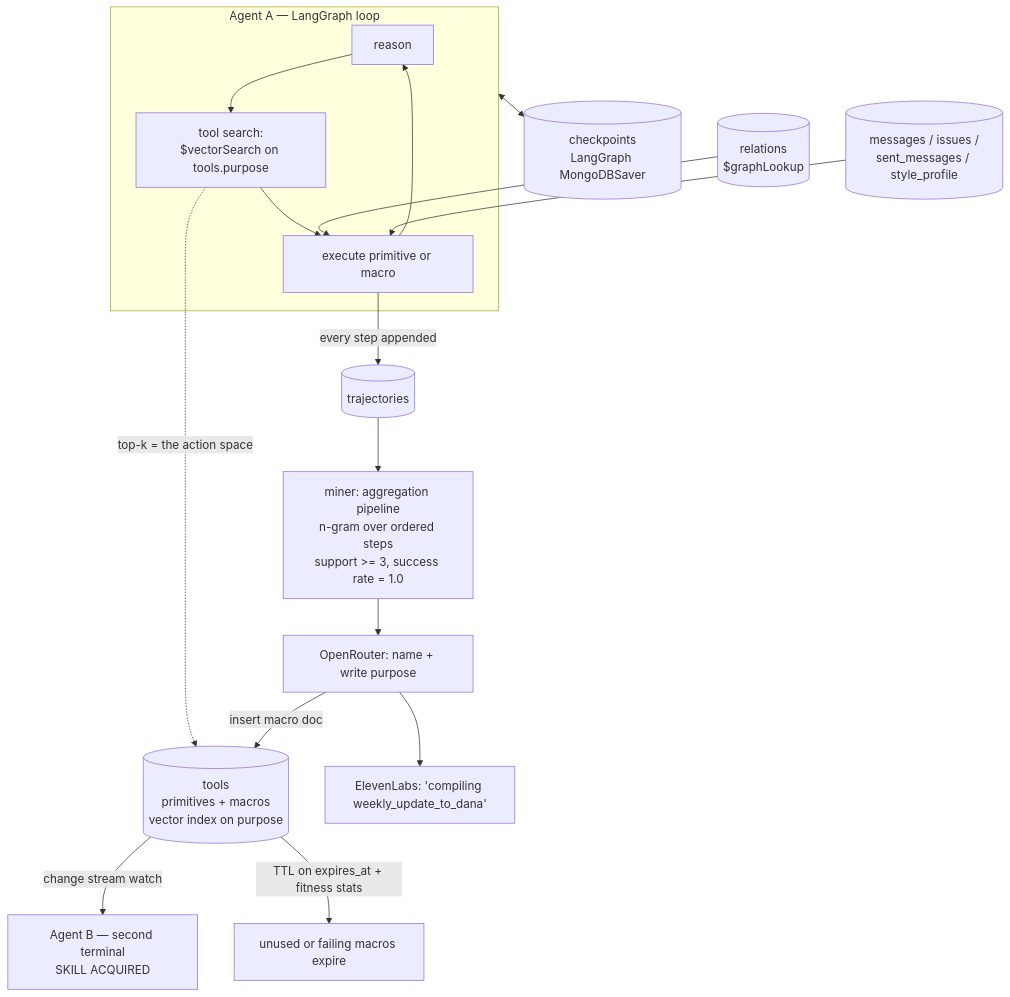
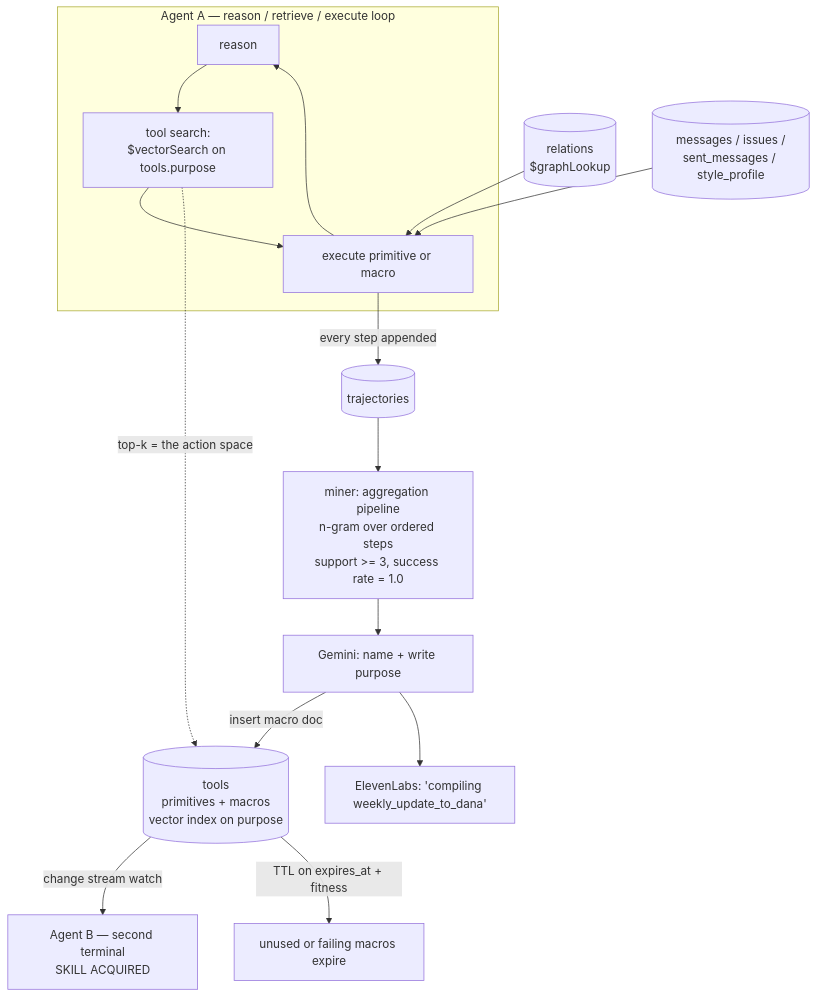
One commit to rohangandotra18/perpetual changed the second of 2 diagrams in README.md. Above: the diagram before and after it, drawn with Mermaid. The commit also changed other lines of this file and 20 other files, not shown here.

````diff
--- a/README.md
+++ b/README.md
@@ -69,24 +71,22 @@
 ```mermaid
 flowchart TB
-    subgraph Agent["Agent A — LangGraph loop"]
+    subgraph Agent["Agent A — reason / retrieve / execute loop"]
         R[reason] --> TS["tool search:<br/>$vectorSearch on tools.purpose"]
         TS --> EX[execute primitive or macro]
         EX --> R
     end
 
     EX -->|every step appended| TR[("trajectories")]
     TS -.->|top-k = the action space| TOOLS[("tools<br/>primitives + macros<br/>vector index on purpose")]
 
     TR --> MINER["miner: aggregation pipeline<br/>n-gram over ordered steps<br/>support >= 3, success rate = 1.0"]
-    MINER --> NAME["OpenRouter: name + write purpose"]
+    MINER --> NAME["Gemini: name + write purpose"]
     NAME -->|insert macro doc| TOOLS
     NAME --> VOICE["ElevenLabs: 'compiling weekly_update_to_dana'"]
 
     TOOLS -->|change stream watch| B["Agent B — second terminal<br/>SKILL ACQUIRED"]
 
     GRAPH[("relations<br/>$graphLookup")] --> EX
     CORPUS[("messages / issues /<br/>sent_messages / style_profile")] --> EX
-    TOOLS -->|TTL on expires_at + fitness stats| DEATH["unused or failing macros expire"]
-
-    Agent <--> CK[("checkpoints<br/>LangGraph MongoDBSaver")]
+    TOOLS -->|TTL on expires_at + fitness| DEATH["unused or failing macros expire"]
 ```
````
